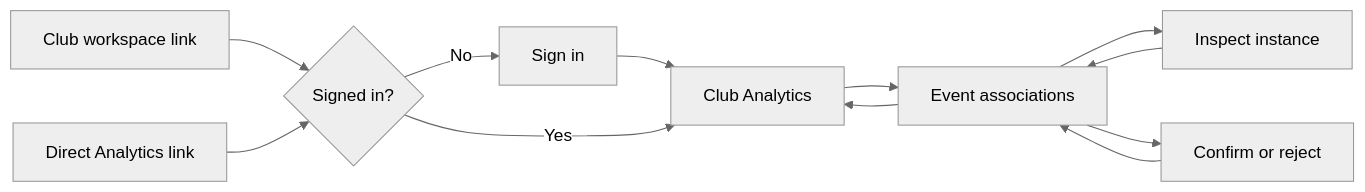
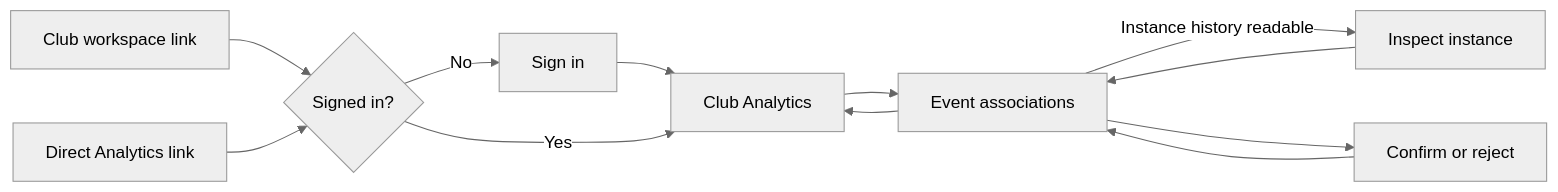
The diagram in docs/planning/group-instance-analytics/event-association-implementation.md (BASIC-BIT/VRDex), drawn with Mermaid (neutral theme) before and after one commit. The commit also changed other lines of this file and 6 other files, not shown here.

````diff
--- a/docs/planning/group-instance-analytics/event-association-implementation.md
+++ b/docs/planning/group-instance-analytics/event-association-implementation.md
@@ -11,11 +11,11 @@
 ```mermaid
 flowchart LR
   A[Club workspace link] --> B{Signed in?}
   D[Direct Analytics link] --> B
   B -- No --> C[Sign in] --> E[Club Analytics]
   B -- Yes --> E
   E --> F[Event associations]
-  F --> G[Inspect instance] --> F
+  F -- Instance history readable --> G[Inspect instance] --> F
   F --> H[Confirm or reject] --> F
   F --> E
 ```
````
